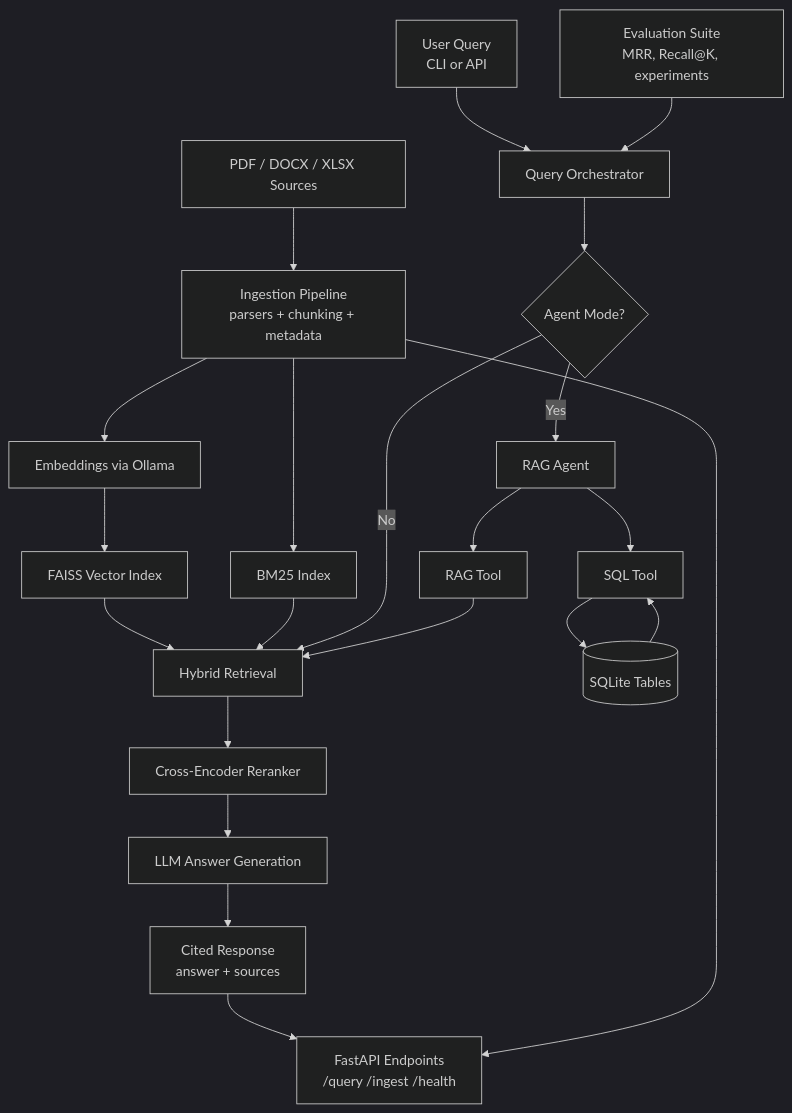
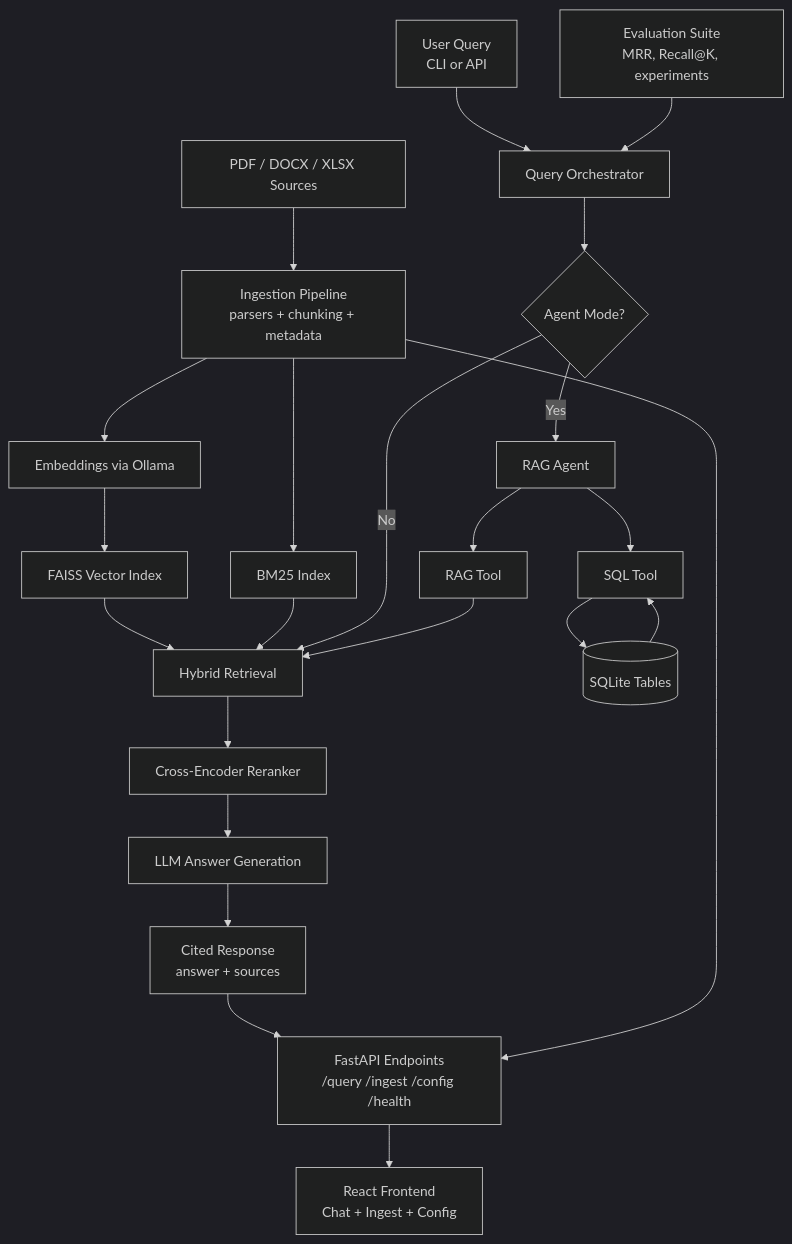
The diagram in README.md (dpudzha/rag_science), drawn with Mermaid (dark theme) before and after one commit. The commit also changed other lines of this file and 26 other files, not shown here.

First line of the commit message:
feat: add React frontend and backend config API

````diff
--- a/README.md
+++ b/README.md
@@ -22,28 +23,30 @@
 ```mermaid
 flowchart TD
     A[PDF / DOCX / XLSX Sources] --> B[Ingestion Pipeline<br/>parsers + chunking + metadata]
     B --> C[Embeddings via Ollama]
     B --> D[BM25 Index]
     C --> E[FAISS Vector Index]
 
     U[User Query<br/>CLI or API] --> Q[Query Orchestrator]
     E --> R[Hybrid Retrieval]
     D --> R
     R --> X[Cross-Encoder Reranker]
     X --> L[LLM Answer Generation]
     L --> S[Cited Response<br/>answer + sources]
 
     Q --> G{Agent Mode?}
     G -- No --> R
     G -- Yes --> T[RAG Agent]
     T --> TR[RAG Tool]
     T --> TS[SQL Tool]
     TS --> DB[(SQLite Tables)]
     TR --> R
     DB --> TS
 
-    S --> API[FastAPI Endpoints<br/>/query /ingest /health]
+    S --> API[FastAPI Endpoints<br/>/query /ingest /config /health]
     B --> API
+
+    API --> FE[React Frontend<br/>Chat + Ingest + Config]
 
     EVAL[Evaluation Suite<br/>MRR, Recall@K, experiments] --> Q
 ```
````
